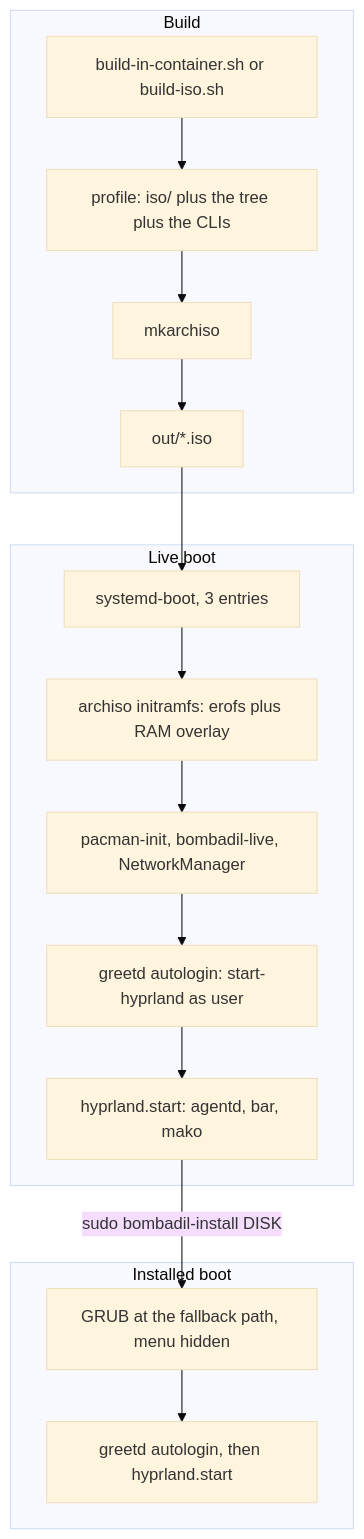
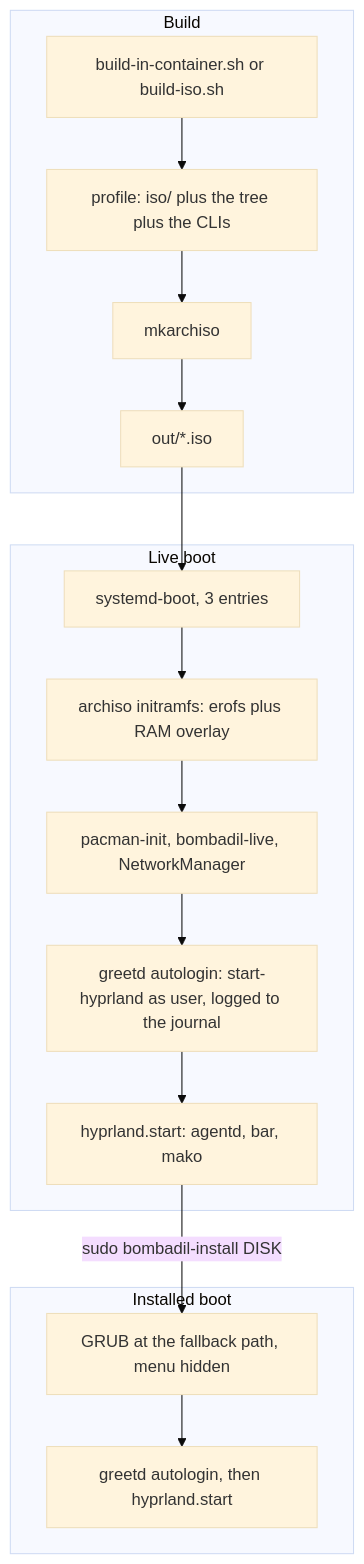
Before and after one commit to thedefaultman/Bombadil: the first of 3 diagrams in docs/architecture/iso-and-install.md, drawn with Mermaid (base theme). The commit also changed other lines of this file and 21 other files, not shown here.

````diff
--- a/docs/architecture/iso-and-install.md
+++ b/docs/architecture/iso-and-install.md
@@ -20,19 +20,19 @@
 ```mermaid
 flowchart TB
     subgraph build["Build"]
         A["build-in-container.sh or build-iso.sh"] --> B["profile: iso/ plus the tree plus the CLIs"]
         B --> C["mkarchiso"]
         C --> D["out/*.iso"]
     end
     subgraph live["Live boot"]
         E["systemd-boot, 3 entries"] --> F["archiso initramfs: erofs plus RAM overlay"]
         F --> G["pacman-init, bombadil-live, NetworkManager"]
-        G --> H["greetd autologin: start-hyprland as user"]
+        G --> H["greetd autologin: start-hyprland as user, logged to the journal"]
         H --> I["hyprland.start: agentd, bar, mako"]
     end
     subgraph inst["Installed boot"]
         J["GRUB at the fallback path, menu hidden"] --> K["greetd autologin, then hyprland.start"]
     end
     D --> E
     I -->|"sudo bombadil-install DISK"| J
 ```
````
